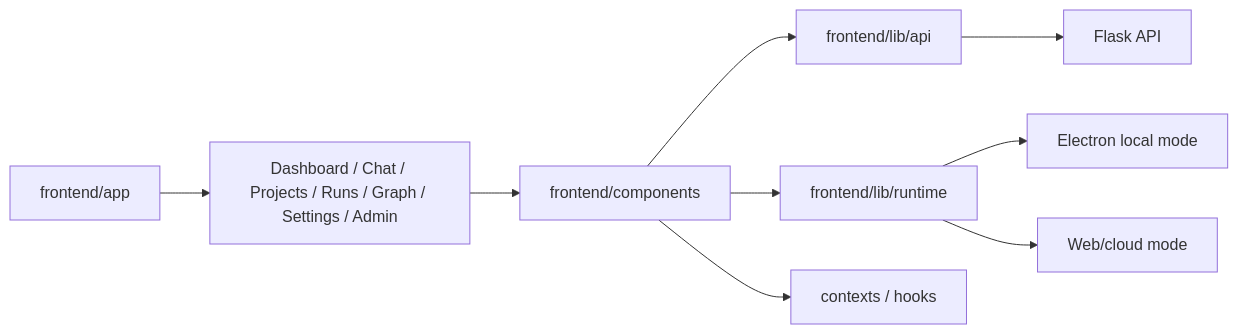
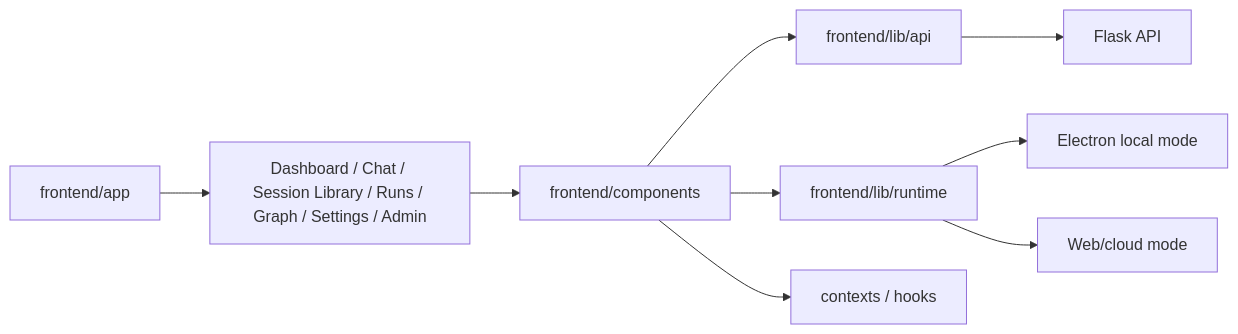
One commit to kherrera6219/DataLogicEngine changed the second of 3 diagrams in docs/COMPONENT_MAP.md. Above: the diagram before and after it, drawn with Mermaid. The commit also changed 62 other files, not shown here.

````diff
--- a/docs/COMPONENT_MAP.md
+++ b/docs/COMPONENT_MAP.md
@@ -135,11 +135,11 @@
 ```mermaid
 flowchart LR
-    App[frontend/app] --> Routes[Dashboard / Chat / Projects / Runs / Graph / Settings / Admin]
+    App[frontend/app] --> Routes[Dashboard / Chat / Session Library / Runs / Graph / Settings / Admin]
     Routes --> Components[frontend/components]
     Components --> Api[frontend/lib/api]
     Components --> Runtime[frontend/lib/runtime]
     Components --> State[contexts / hooks]
     Runtime --> Electron[Electron local mode]
     Runtime --> Web[Web/cloud mode]
     Api --> Flask[Flask API]
 ```
````
